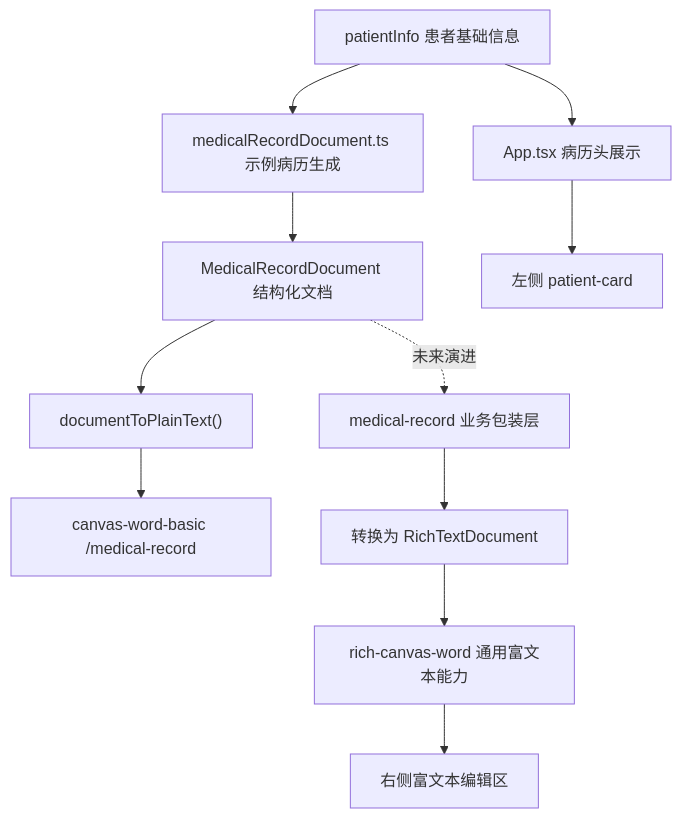
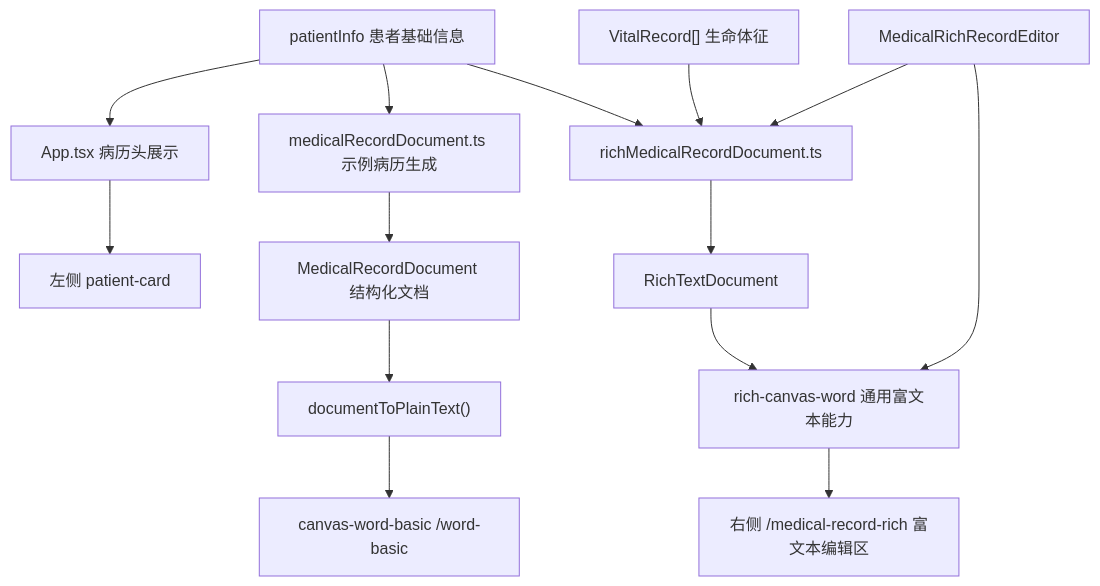
One commit to canlan527/react-emr-demo changed the second of 10 diagrams in docs/11-emr-rich-canvas-word-mindmap.md. Above: the diagram before and after it, drawn with Mermaid. The commit also changed other lines of this file and 41 other files, not shown here.

Commit message:
feat: advance rich canvas word v2 tables

````diff
--- a/docs/11-emr-rich-canvas-word-mindmap.md
+++ b/docs/11-emr-rich-canvas-word-mindmap.md
@@ -64,15 +73,18 @@
 ```mermaid
 flowchart TD
   A["patientInfo 患者基础信息"] --> B["App.tsx 病历头展示"]
   A --> C["medicalRecordDocument.ts 示例病历生成"]
+  A --> G["richMedicalRecordDocument.ts"]
   C --> D["MedicalRecordDocument 结构化文档"]
   D --> E["documentToPlainText()"]
-  E --> F["canvas-word-basic /medical-record"]
+  E --> F["canvas-word-basic /word-basic"]
 
-  D -.未来演进.-> G["medical-record 业务包装层"]
-  G --> H["转换为 RichTextDocument"]
+  L["VitalRecord[] 生命体征"] --> G
+  M["MedicalRichRecordEditor"] --> G
+  G --> H["RichTextDocument"]
   H --> I["rich-canvas-word 通用富文本能力"]
+  M --> I
 
   B --> J["左侧 patient-card"]
-  I --> K["右侧富文本编辑区"]
+  I --> K["右侧 /medical-record-rich 富文本编辑区"]
 ```
````
